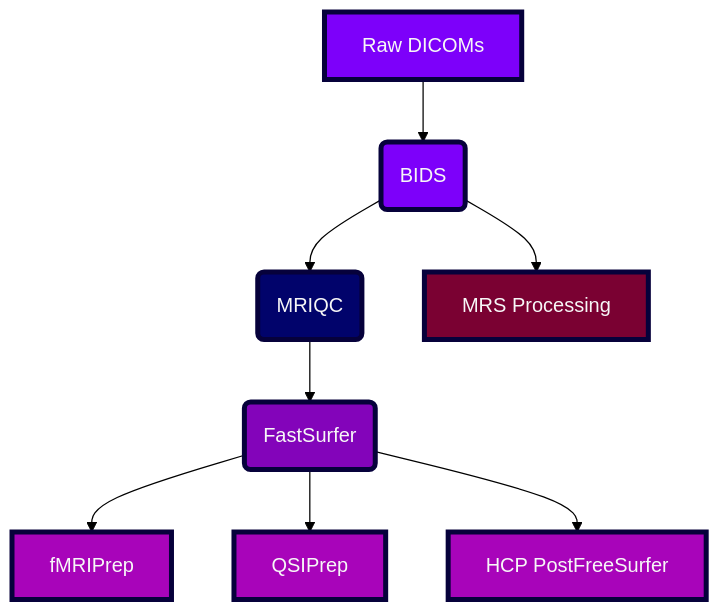
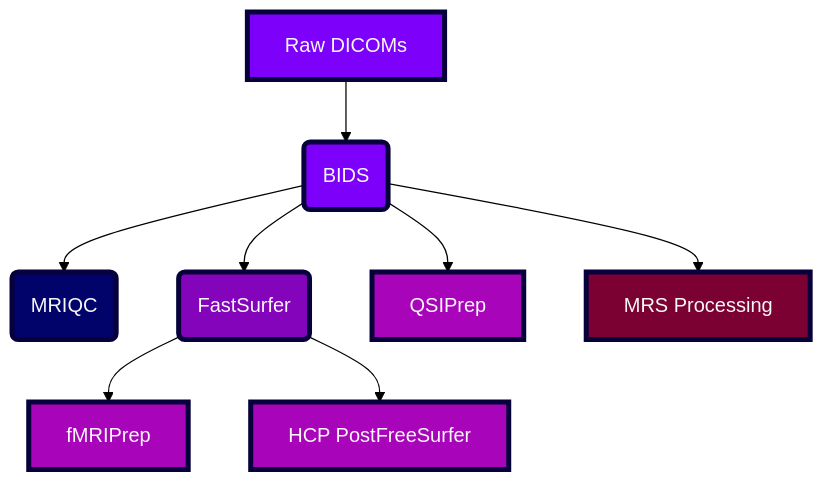
Before and after one commit to Daniel-Halls/mindquad: the diagram in README.md, drawn with Mermaid (forest theme). The commit also changed other lines of this file and 5 other files, not shown here.

Commit message:
feat: enable QSIPrep and MRS to run in parallel with FastSurfer

````diff
--- a/README.md
+++ b/README.md
@@ -9,19 +9,19 @@
 ```mermaid
 graph TD
     A[Raw DICOMs] --> B(BIDS)
-    B -->C(MRIQC)
+    B --> C(MRIQC)
+    B --> D(FastSurfer)
+    B --> F[QSIPrep]
     B --> H[MRS Processing]
-    C -->D(FastSurfer)
-    D -->E[fMRIPrep]
-    D -->F[QSIPrep]    
+    D --> E[fMRIPrep]
     D --> G[HCP PostFreeSurfer]
 
     style A fill:#7d00fa,stroke:#06013b,stroke-width:4px,color:#f7f7f7
     style B fill:#7d00fa,stroke:#06013b,stroke-width:4px,color:#f7f7f7
     style C fill:#01036b,stroke:#06013b,stroke-width:4px,color:#f7f7f7
     style D fill:#8304ba,stroke:#06013b,stroke-width:4px,color:#f7f7f7
     style E fill:#a804ba,stroke:#06013b,stroke-width:4px,color:#f7f7f7
     style F fill:#a804ba,stroke:#06013b,stroke-width:4px,color:#f7f7f7
     style G fill:#a804ba,stroke:#06013b,stroke-width:4px,color:#f7f7f7
     style H fill:#7a0132,stroke:#06013b,stroke-width:4px,color:#f7f7f7
 ```
````
